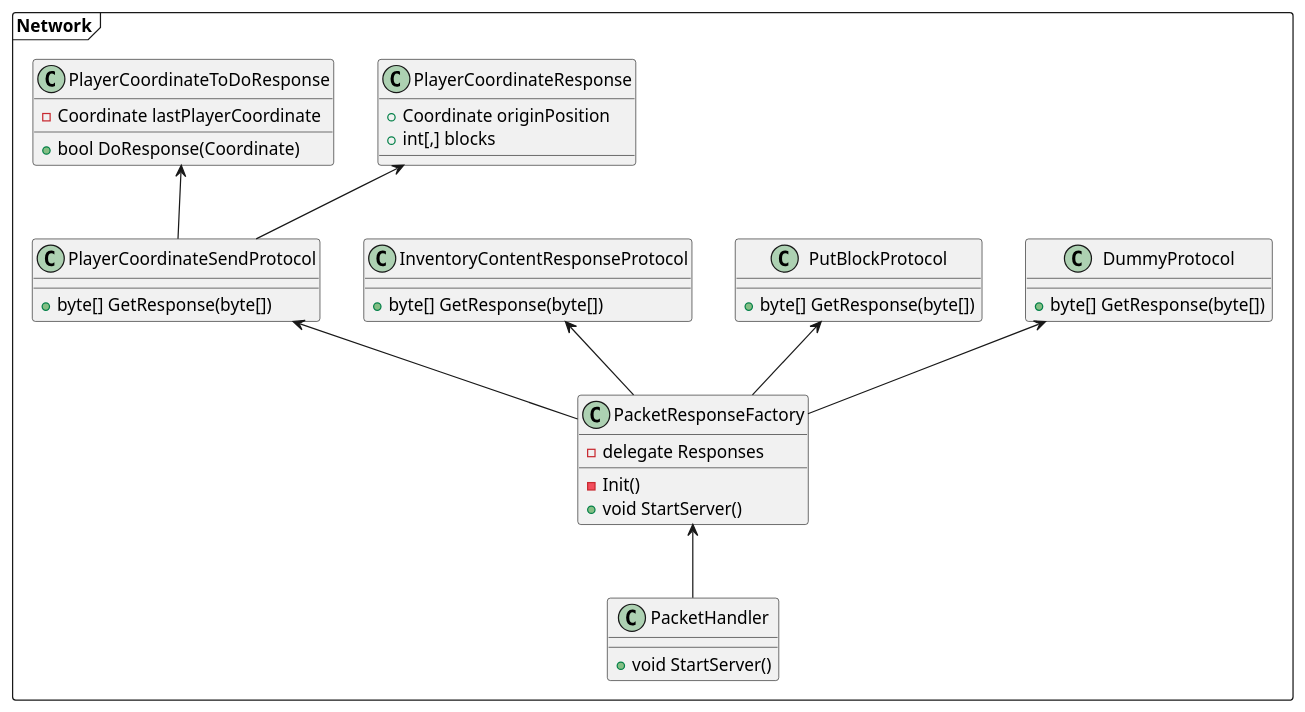
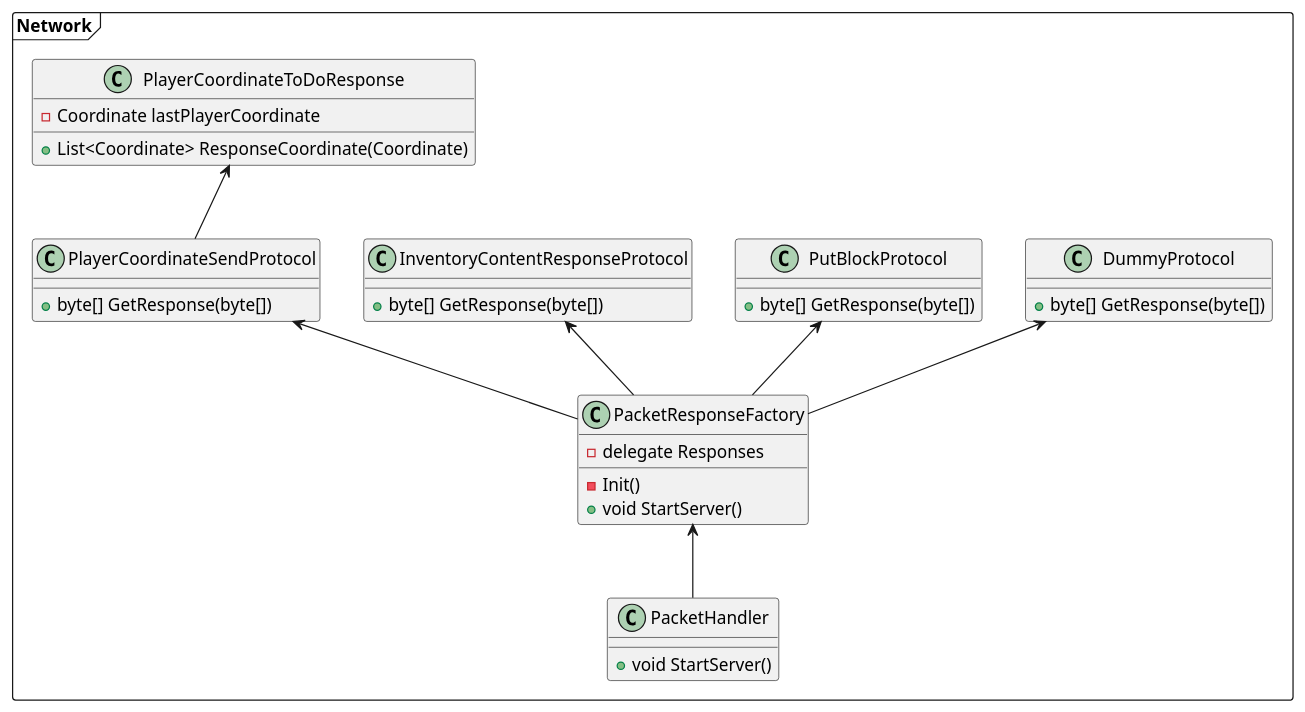
The diagram in class diagram.puml (moorestech/moorestech), drawn with PlantUML before and after one commit.

Commit message:
設計の変更

```diff
--- a/class diagram.puml
+++ b/class diagram.puml
@@ -1,41 +1,36 @@
 @startuml
 
 package Network <<Frame>> {
   PacketResponseFactory <-- PacketHandler
   DummyProtocol <-- PacketResponseFactory
   PutBlockProtocol <-- PacketResponseFactory
   PlayerCoordinateSendProtocol <-- PacketResponseFactory
   InventoryContentResponseProtocol <-- PacketResponseFactory
-  PlayerCoordinateResponse <-- PlayerCoordinateSendProtocol
   PlayerCoordinateToDoResponse <-- PlayerCoordinateSendProtocol
   class PacketHandler{
     + void StartServer()
   }
   class PacketResponseFactory{
     - delegate Responses
     - Init() 
     + void StartServer()
   }
   class DummyProtocol{
     + byte[] GetResponse(byte[])
   }
   class PutBlockProtocol{
     + byte[] GetResponse(byte[])
   }
   class PlayerCoordinateSendProtocol{
     + byte[] GetResponse(byte[])
   }
   class PlayerCoordinateToDoResponse{
     - Coordinate lastPlayerCoordinate
-    + bool DoResponse(Coordinate)
-  }
-  class PlayerCoordinateResponse{
-    + Coordinate originPosition
-    + int[,] blocks
+    + List<Coordinate> ResponseCoordinate(Coordinate)
   }
   class InventoryContentResponseProtocol{
     + byte[] GetResponse(byte[])
   }
 }
 
 @enduml
```
